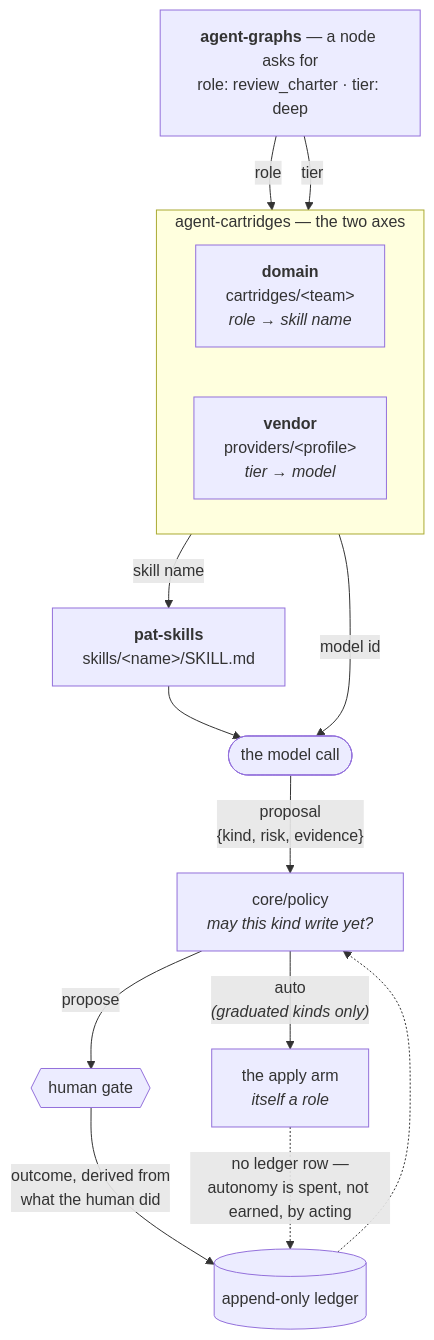
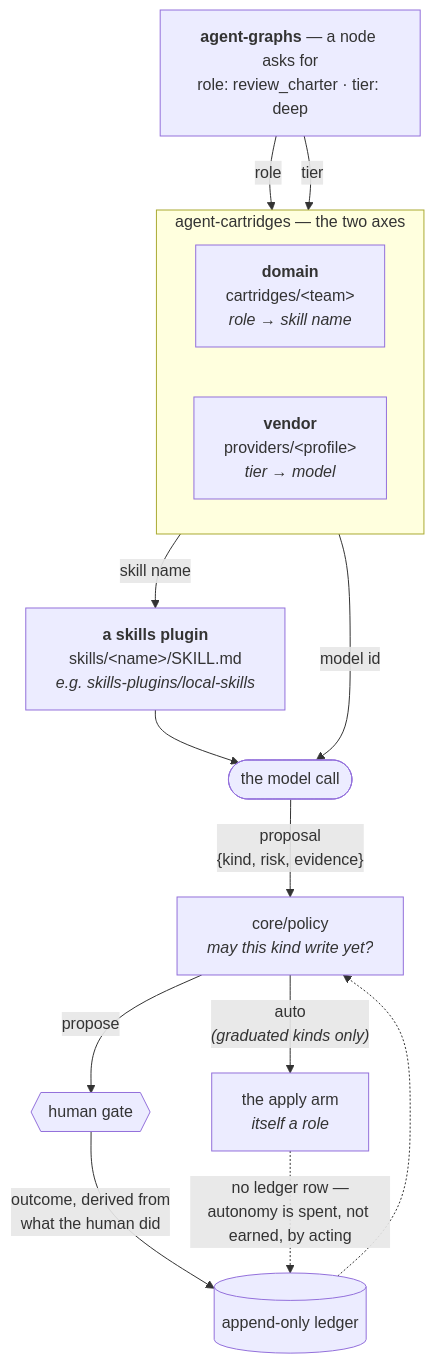
The first of 2 diagrams in README.md (ppfenning/agent-cartridges), drawn with Mermaid before and after one commit. The commit also changed other lines of this file, not shown here.

First line of the commit message:
docs: name the harness, point the demo at the skills that ship here

````diff
--- a/README.md
+++ b/README.md
@@ -38,28 +44,28 @@
 ```mermaid
 flowchart TB
     NODE["<b>agent-graphs</b> — a node asks for<br/>role: review_charter · tier: deep"]
 
     subgraph CART["agent-cartridges — the two axes"]
         direction LR
         DOMAIN["<b>domain</b><br/>cartridges/&lt;team&gt;<br/><i>role → skill name</i>"]
         VENDOR["<b>vendor</b><br/>providers/&lt;profile&gt;<br/><i>tier → model</i>"]
     end
 
-    BODY["<b>pat-skills</b><br/>skills/&lt;name&gt;/SKILL.md"]
+    BODY["<b>a skills plugin</b><br/>skills/&lt;name&gt;/SKILL.md<br/><i>e.g. skills-plugins/local-skills</i>"]
     RUN(["the model call"])
     POLICY["core/policy<br/><i>may this kind write yet?</i>"]
     GATE{{"human gate"}}
     LEDGER[("append-only ledger")]
 
     NODE -- role --> DOMAIN
     NODE -- tier --> VENDOR
     DOMAIN -- "skill name" --> BODY
     VENDOR -- "model id" --> RUN
     BODY --> RUN
     RUN -- "proposal<br/>{kind, risk, evidence}" --> POLICY
     POLICY -- "propose" --> GATE
     POLICY -- "auto<br/><i>(graduated kinds only)</i>" --> ARM["the apply arm<br/><i>itself a role</i>"]
     GATE -- "outcome, derived from<br/>what the human did" --> LEDGER
     ARM -. "no ledger row —<br/>autonomy is spent, not earned, by acting" .-> LEDGER
     LEDGER -.-> POLICY
 ```
````
